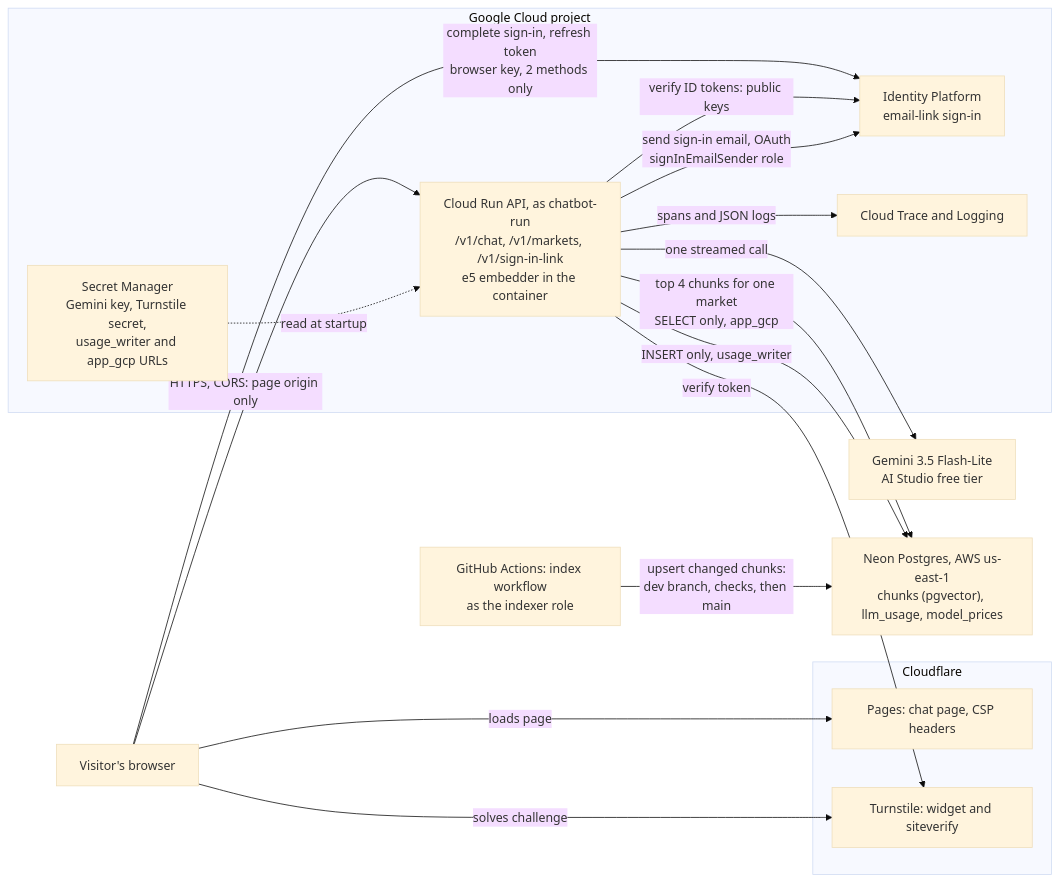
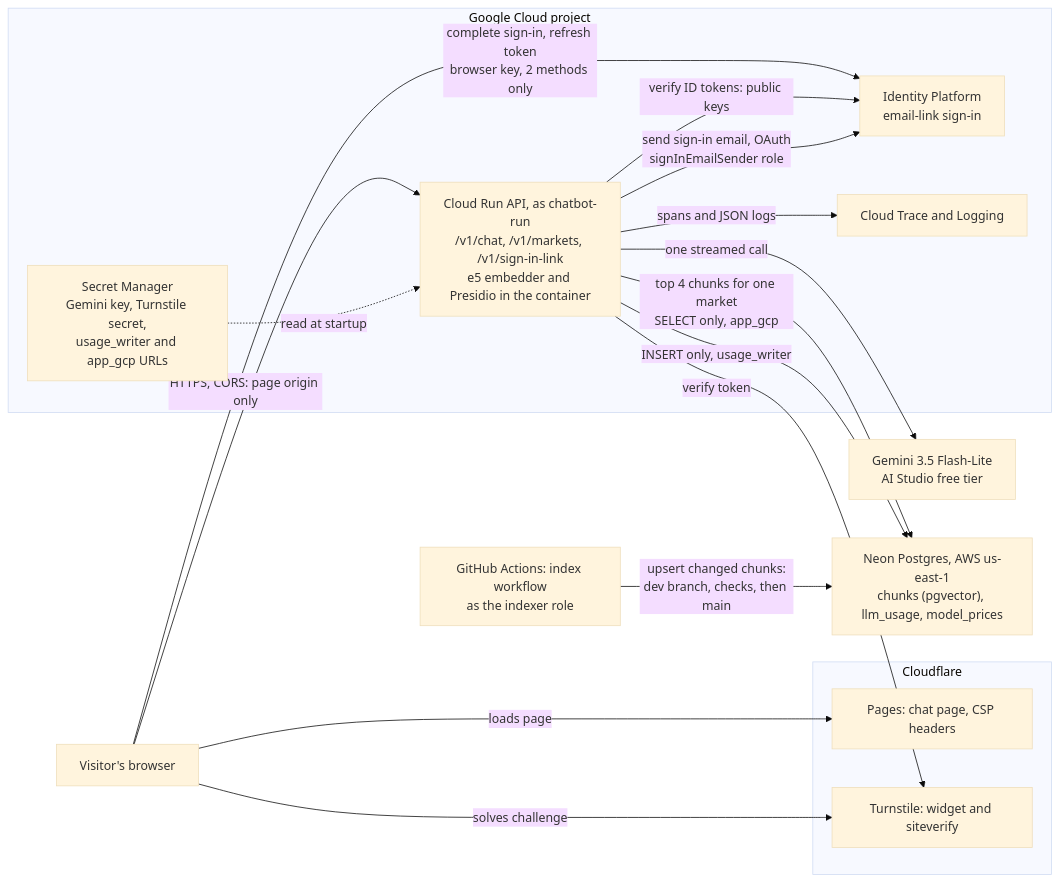
One commit to ramirez-ai-labs/spanish-support-chatbot changed the second of 7 diagrams in docs/design.md. Above: the diagram before and after it, drawn with Mermaid (base theme). The commit also changed other lines of this file and 12 other files, not shown here.

````diff
--- a/docs/design.md
+++ b/docs/design.md
@@ -90,34 +90,34 @@
 ```mermaid
 flowchart LR
     visitor["Visitor's browser"]
 
     subgraph cf["Cloudflare"]
         pages["Pages: chat page, CSP headers"]
         turnstile["Turnstile: widget and siteverify"]
     end
 
     subgraph gcp["Google Cloud project"]
-        run["Cloud Run API, as chatbot-run<br/>/v1/chat, /v1/markets, /v1/sign-in-link<br/>e5 embedder in the container"]
+        run["Cloud Run API, as chatbot-run<br/>/v1/chat, /v1/markets, /v1/sign-in-link<br/>e5 embedder and Presidio in the container"]
         idp["Identity Platform<br/>email-link sign-in"]
         secrets["Secret Manager<br/>Gemini key, Turnstile secret,<br/>usage_writer and app_gcp URLs"]
         obs["Cloud Trace and Logging"]
     end
 
     gh["GitHub Actions: index workflow<br/>as the indexer role"]
     gemini["Gemini 3.5 Flash-Lite<br/>AI Studio free tier"]
     neon["Neon Postgres, AWS us-east-1<br/>chunks (pgvector), llm_usage, model_prices"]
 
     gh -- "upsert changed chunks:<br/>dev branch, checks, then main" --> neon
     run -- "top 4 chunks for one market<br/>SELECT only, app_gcp" --> neon
     visitor -- "loads page" --> pages
     visitor -- "solves challenge" --> turnstile
     visitor -- "HTTPS, CORS: page origin only" --> run
     visitor -- "complete sign-in, refresh token<br/>browser key, 2 methods only" --> idp
     run -- "verify token" --> turnstile
     run -- "verify ID tokens: public keys" --> idp
     run -- "send sign-in email, OAuth<br/>signInEmailSender role" --> idp
     run -- "one streamed call" --> gemini
     run -- "INSERT only, usage_writer" --> neon
     run -- "spans and JSON logs" --> obs
     secrets -. "read at startup" .-> run
 ```
````
